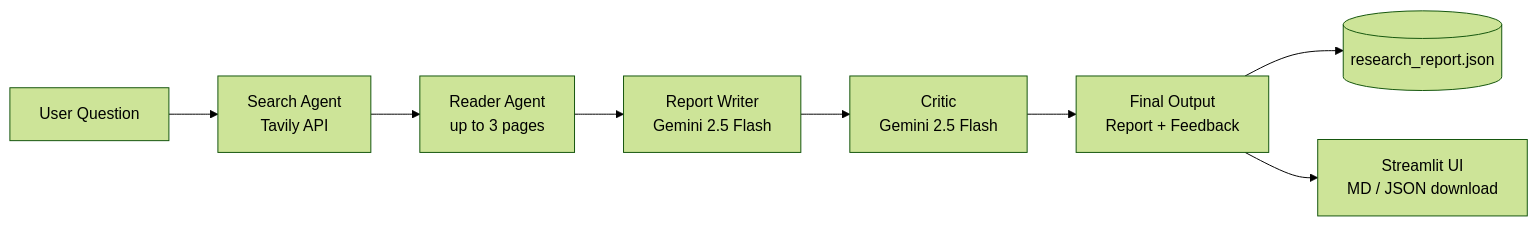
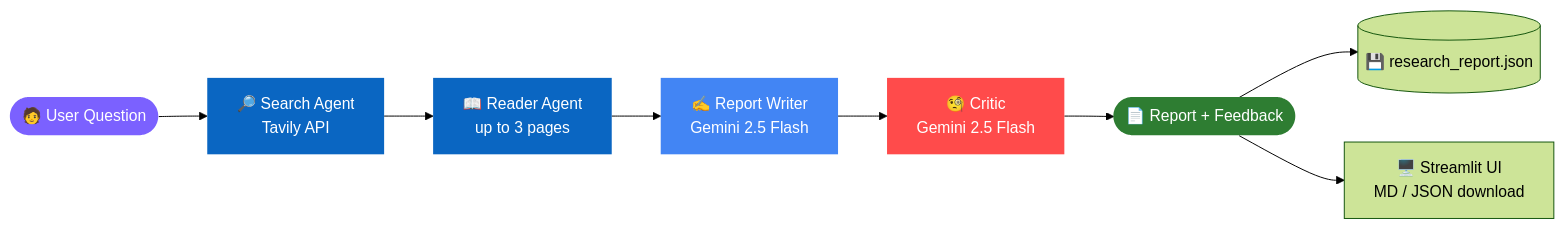
One commit to Mahesh-011-vk/Multi-Agent-Research-System changed the diagram in README.md. Above: the diagram before and after it, drawn with Mermaid (forest theme). The commit also changed other lines of this file, not shown here.

````diff
--- a/README.md
+++ b/README.md
@@ -67,10 +98,17 @@
 ```mermaid
 flowchart LR
-    A[User Question] --> B[Search Agent<br/>Tavily API]
-    B --> C[Reader Agent<br/>up to 3 pages]
-    C --> D[Report Writer<br/>Gemini 2.5 Flash]
-    D --> E[Critic<br/>Gemini 2.5 Flash]
-    E --> F[Final Output<br/>Report + Feedback]
-    F --> G[(research_report.json)]
-    F --> H[Streamlit UI<br/>MD / JSON download]
+    A([🧑 User Question]) --> B[🔎 Search Agent<br/>Tavily API]
+    B --> C[📖 Reader Agent<br/>up to 3 pages]
+    C --> D[✍️ Report Writer<br/>Gemini 2.5 Flash]
+    D --> E[🧐 Critic<br/>Gemini 2.5 Flash]
+    E --> F([📄 Report + Feedback])
+    F --> G[(💾 research_report.json)]
+    F --> H[🖥️ Streamlit UI<br/>MD / JSON download]
+
+    style A fill:#7B61FF,color:#fff,stroke:none
+    style B fill:#0A66C2,color:#fff,stroke:none
+    style C fill:#0A66C2,color:#fff,stroke:none
+    style D fill:#4285F4,color:#fff,stroke:none
+    style E fill:#FF4B4B,color:#fff,stroke:none
+    style F fill:#2E7D32,color:#fff,stroke:none
 ```
````
